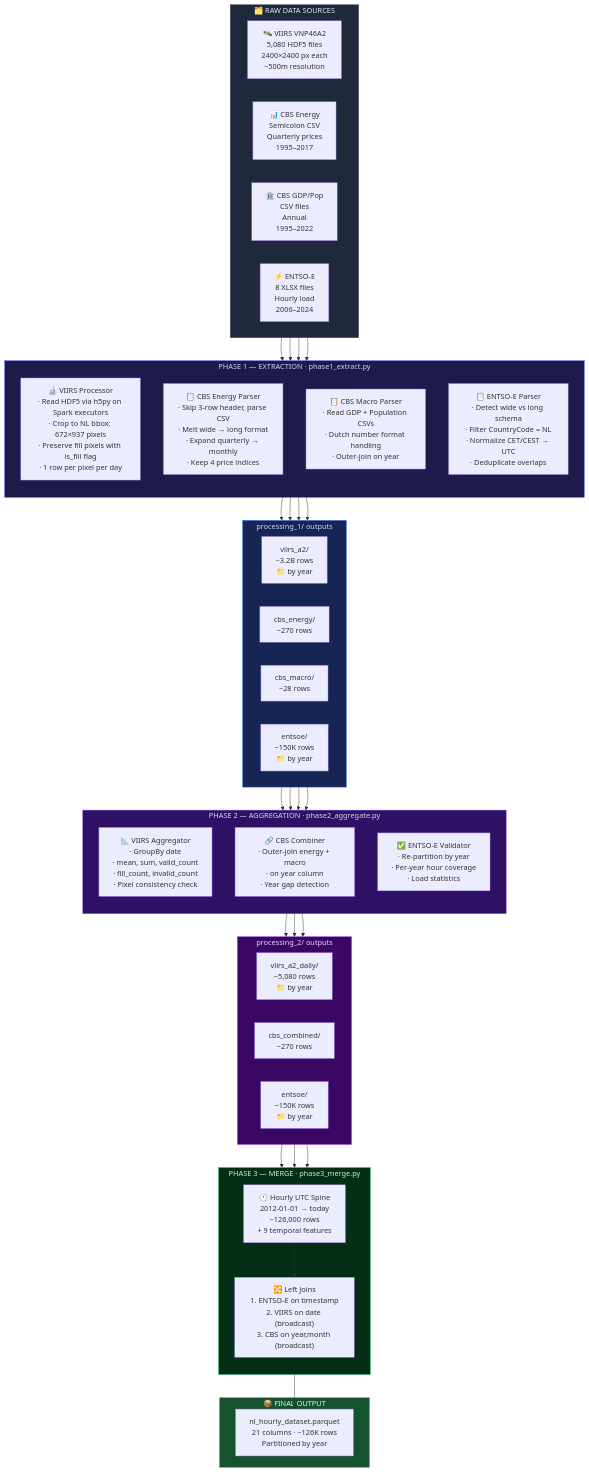
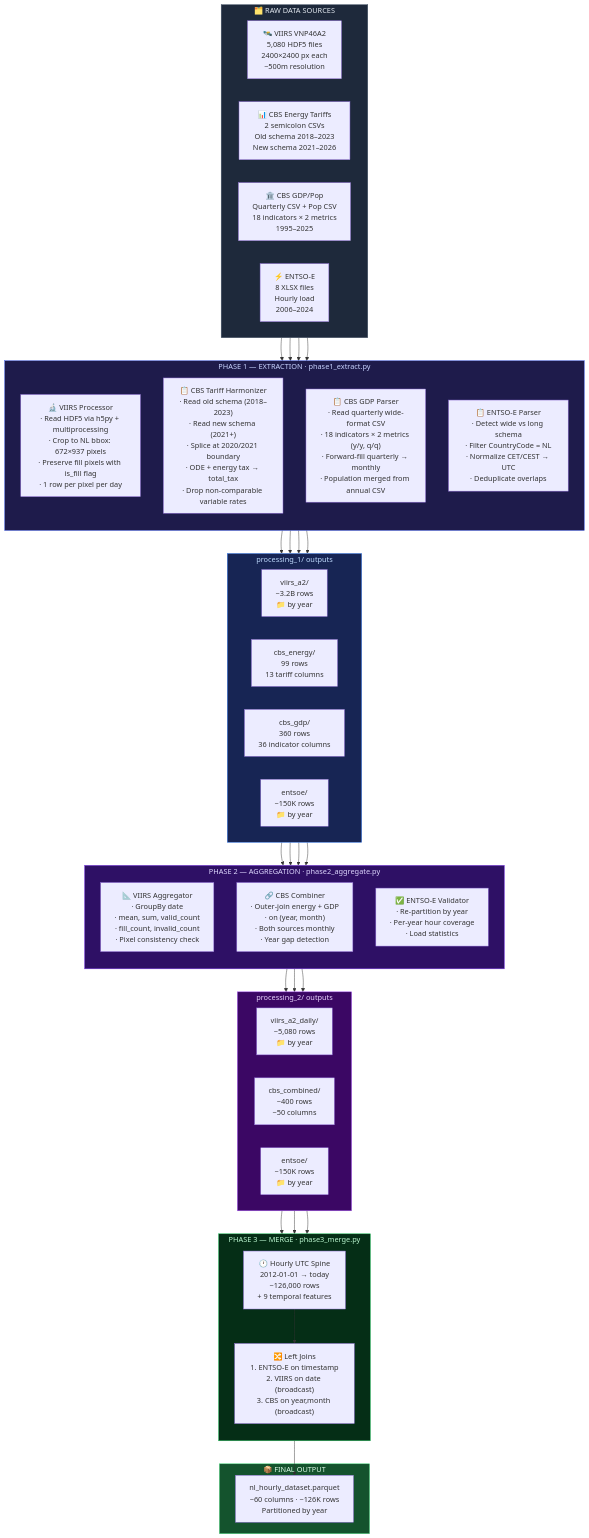
The first of 3 diagrams in pipeline_architecture.md (malakkhan/energy-demand-forecast-nl), drawn with Mermaid before and after one commit. The commit also changed other lines of this file and 4 other files, not shown here.

```diff
--- a/pipeline_architecture.md
+++ b/pipeline_architecture.md
@@ -7,38 +7,38 @@
     subgraph RAW["🗂️ RAW DATA SOURCES"]
         direction LR
         V_RAW["🛰️ VIIRS VNP46A2\n5,080 HDF5 files\n2400×2400 px each\n~500m resolution"]
-        C1_RAW["📊 CBS Energy\nSemicolon CSV\nQuarterly prices\n1995–2017"]
-        C2_RAW["🏛️ CBS GDP/Pop\nCSV files\nAnnual\n1995–2022"]
+        C1_RAW["📊 CBS Energy Tariffs\n2 semicolon CSVs\nOld schema 2018–2023\nNew schema 2021–2026"]
+        C2_RAW["🏛️ CBS GDP/Pop\nQuarterly CSV + Pop CSV\n18 indicators × 2 metrics\n1995–2025"]
         E_RAW["⚡ ENTSO-E\n8 XLSX files\nHourly load\n2006–2024"]
     end
 
     subgraph P1["PHASE 1 — EXTRACTION  ·  phase1_extract.py"]
         direction TB
-        V1["🔬 VIIRS Processor\n· Read HDF5 via h5py on Spark executors\n· Crop to NL bbox: 672×937 pixels\n· Preserve fill pixels with is_fill flag\n· 1 row per pixel per day"]
-        C1_1["📋 CBS Energy Parser\n· Skip 3-row header, parse CSV\n· Melt wide → long format\n· Expand quarterly → monthly\n· Keep 4 price indices"]
-        C2_1["📋 CBS Macro Parser\n· Read GDP + Population CSVs\n· Dutch number format handling\n· Outer-join on year"]
+        V1["🔬 VIIRS Processor\n· Read HDF5 via h5py + multiprocessing\n· Crop to NL bbox: 672×937 pixels\n· Preserve fill pixels with is_fill flag\n· 1 row per pixel per day"]
+        C1_1["📋 CBS Tariff Harmonizer\n· Read old schema (2018–2023)\n· Read new schema (2021+)\n· Splice at 2020/2021 boundary\n· ODE + energy tax → total_tax\n· Drop non-comparable variable rates"]
+        C2_1["📋 CBS GDP Parser\n· Read quarterly wide-format CSV\n· 18 indicators × 2 metrics (y/y, q/q)\n· Forward-fill quarterly → monthly\n· Population merged from annual CSV"]
         E1["📋 ENTSO-E Parser\n· Detect wide vs long schema\n· Filter CountryCode = NL\n· Normalize CET/CEST → UTC\n· Deduplicate overlaps"]
     end
 
     subgraph P1_OUT["processing_1/ outputs"]
         direction LR
         V1_O["viirs_a2/\n~3.2B rows\n📁 by year"]
-        C1_O["cbs_energy/\n~270 rows"]
-        C2_O["cbs_macro/\n~28 rows"]
+        C1_O["cbs_energy/\n99 rows\n13 tariff columns"]
+        C2_O["cbs_gdp/\n360 rows\n36 indicator columns"]
         E1_O["entsoe/\n~150K rows\n📁 by year"]
     end
 
     subgraph P2["PHASE 2 — AGGREGATION  ·  phase2_aggregate.py"]
         direction TB
         V2["📐 VIIRS Aggregator\n· GroupBy date\n· mean, sum, valid_count\n· fill_count, invalid_count\n· Pixel consistency check"]
-        C2_2["🔗 CBS Combiner\n· Outer-join energy + macro\n· on year column\n· Year gap detection"]
+        C2_2["🔗 CBS Combiner\n· Outer-join energy + GDP\n· on (year, month)\n· Both sources monthly\n· Year gap detection"]
         E2["✅ ENTSO-E Validator\n· Re-partition by year\n· Per-year hour coverage\n· Load statistics"]
     end
 
     subgraph P2_OUT["processing_2/ outputs"]
         direction LR
         V2_O["viirs_a2_daily/\n~5,080 rows\n📁 by year"]
-        C2_O2["cbs_combined/\n~270 rows"]
+        C2_O2["cbs_combined/\n~400 rows\n~50 columns"]
         E2_O["entsoe/\n~150K rows\n📁 by year"]
     end
 
@@ -49,7 +49,7 @@
     end
 
     subgraph FINAL["📦 FINAL OUTPUT"]
-        OUT["nl_hourly_dataset.parquet\n21 columns · ~126K rows\nPartitioned by year"]
+        OUT["nl_hourly_dataset.parquet\n~60 columns · ~126K rows\nPartitioned by year"]
     end
 
     V_RAW --> V1
```
